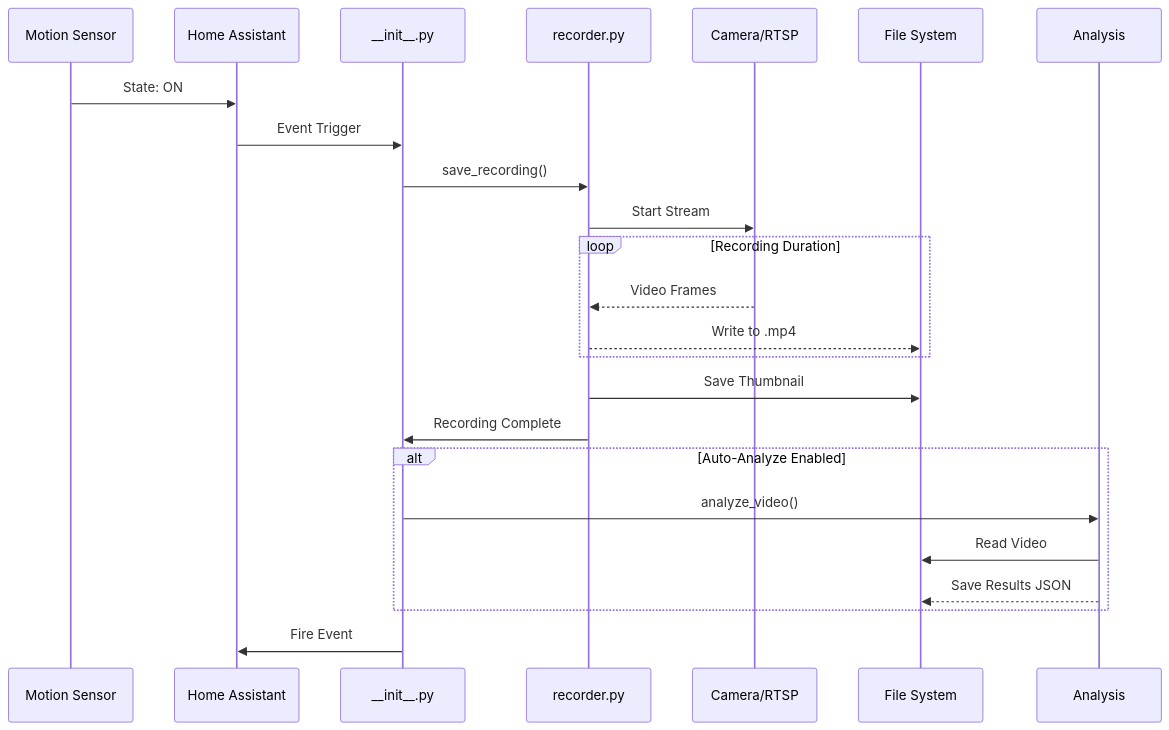
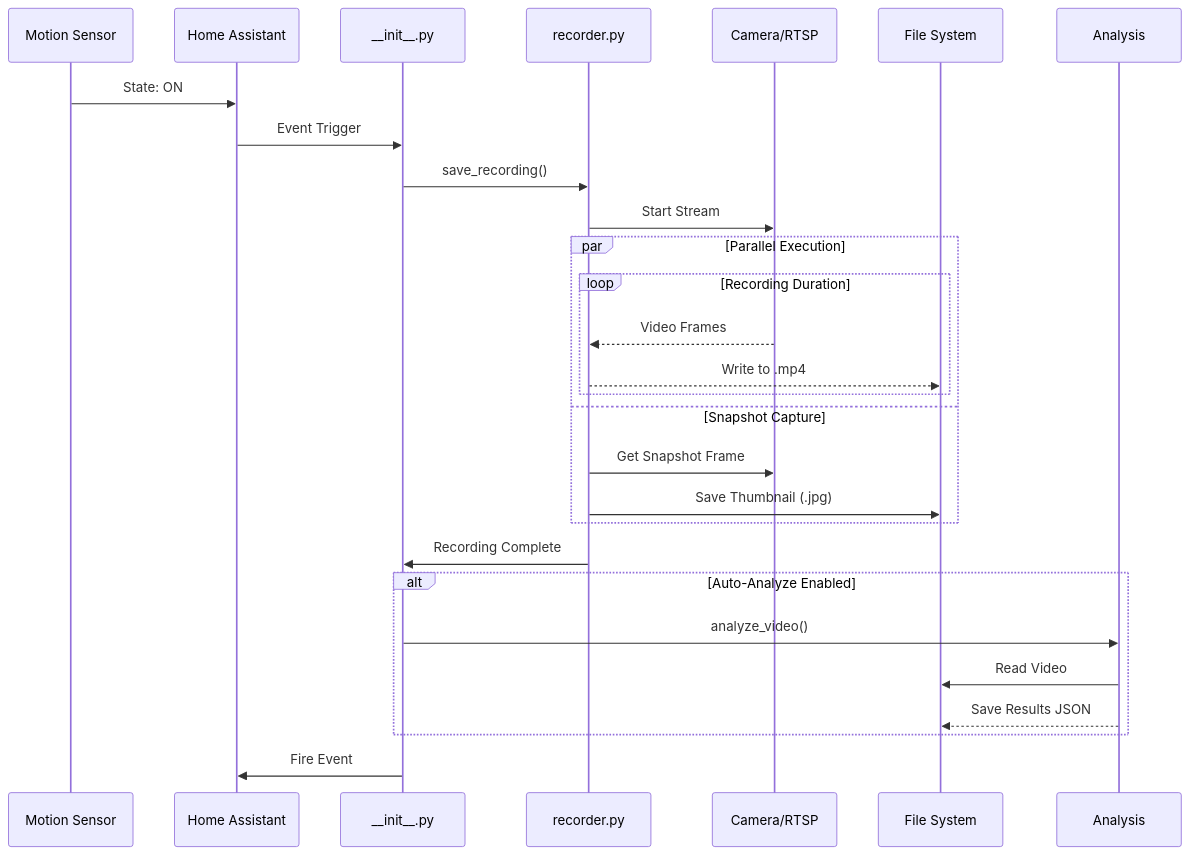
The second of 8 diagrams in README.md (brainAThome/Opening_RTSP-Recorder), drawn with Mermaid before and after one commit.

Commit message:
docs: Update flow diagram to show parallel snapshot execution

````diff
--- a/README.md
+++ b/README.md
@@ -191,31 +191,35 @@
 ```mermaid
 sequenceDiagram
     participant MS as Motion Sensor
     participant HA as Home Assistant
     participant INIT as __init__.py
     participant REC as recorder.py
     participant CAM as Camera/RTSP
     participant FS as File System
     participant AN as Analysis
     
     MS->>HA: State: ON
     HA->>INIT: Event Trigger
     INIT->>REC: save_recording()
     REC->>CAM: Start Stream
     
-    loop Recording Duration
-        CAM-->>REC: Video Frames
-        REC-->>FS: Write to .mp4
+    par Parallel Execution
+        loop Recording Duration
+            CAM-->>REC: Video Frames
+            REC-->>FS: Write to .mp4
+        end
+    and Snapshot Capture
+        REC->>CAM: Get Snapshot Frame
+        REC->>FS: Save Thumbnail (.jpg)
     end
     
-    REC->>FS: Save Thumbnail
     REC->>INIT: Recording Complete
     
     alt Auto-Analyze Enabled
         INIT->>AN: analyze_video()
         AN->>FS: Read Video
         AN-->>FS: Save Results JSON
     end
     
     INIT->>HA: Fire Event
 ```
````
